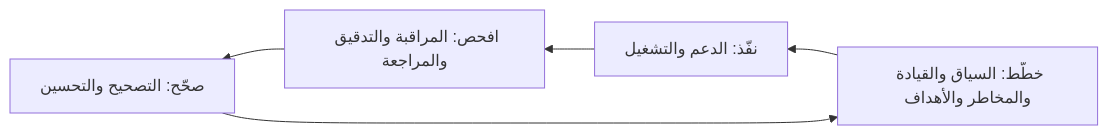
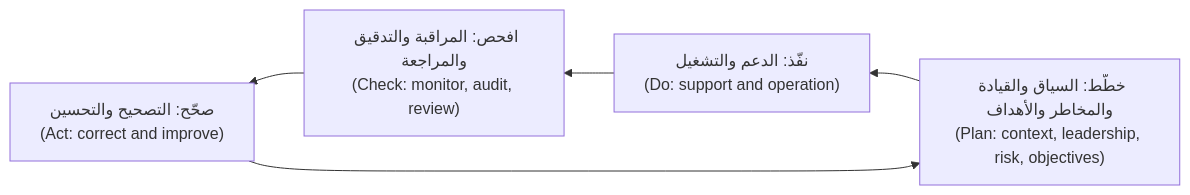
Before and after one commit to Tamoura/system-design-for-vibe-coders: the second of 2 diagrams in aigp/modules/07-frameworks.ar.md, drawn with Mermaid. The commit also changed other lines of this file and 62 other files, not shown here.

First line of the commit message:
Arabic editions: English on every diagram label, RTL fixes, rebuild

````diff
--- a/aigp/modules/07-frameworks.ar.md
+++ b/aigp/modules/07-frameworks.ar.md
@@ -344,7 +344,7 @@
 ```mermaid
 flowchart RL
-  P[خطّط: السياق والقيادة والمخاطر والأهداف] --> D[نفّذ: الدعم والتشغيل]
-  D --> C[افحص: المراقبة والتدقيق والمراجعة]
-  C --> A[صحّح: التصحيح والتحسين]
+  P["خطّط: السياق والقيادة والمخاطر والأهداف<br/>(Plan: context, leadership, risk, objectives)"] --> D["نفّذ: الدعم والتشغيل<br/>(Do: support and operation)"]
+  D --> C["افحص: المراقبة والتدقيق والمراجعة<br/>(Check: monitor, audit, review)"]
+  C --> A["صحّح: التصحيح والتحسين<br/>(Act: correct and improve)"]
   A --> P
 ```
````
